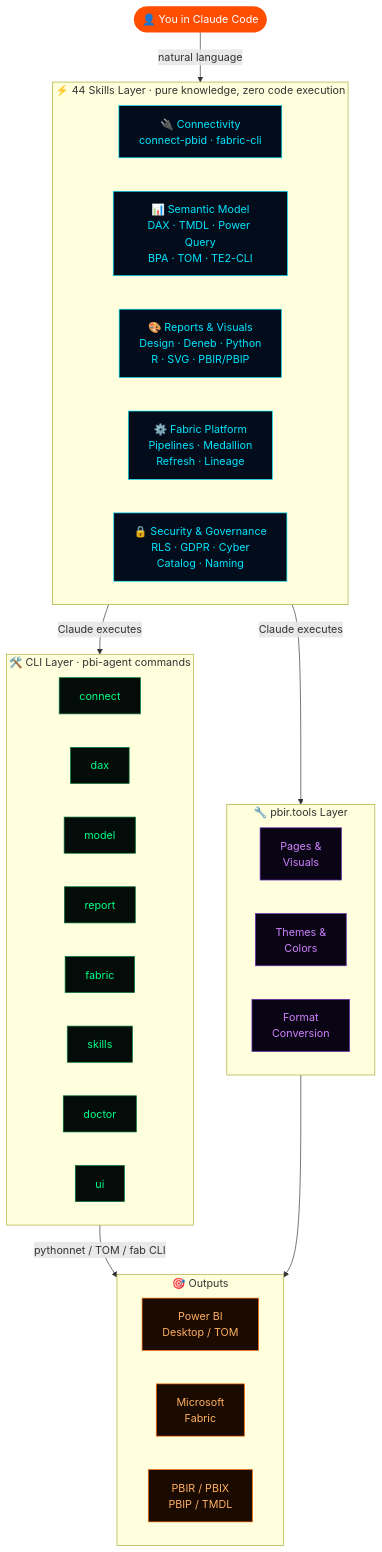
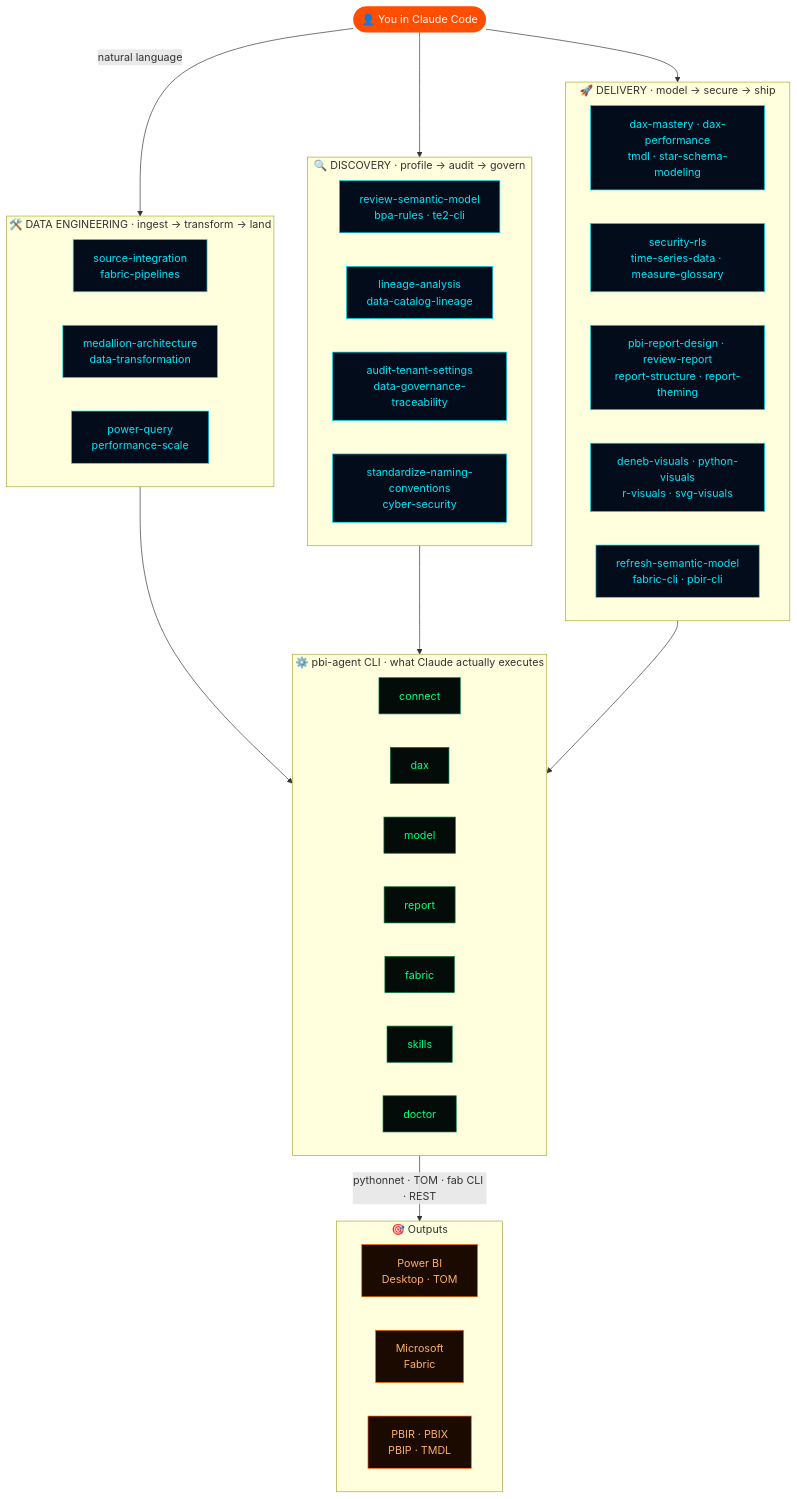
Before and after one commit to santoshkanthety/powerbi-agent: the third of 5 diagrams in README.md, drawn with Mermaid. The commit also changed other lines of this file and 21 other files, not shown here.

First line of the commit message:
refactor: drop web UI/config tool — pure CLI for analytics delivery

````diff
--- a/README.md
+++ b/README.md
@@ -120,49 +124,58 @@
 ```mermaid
 flowchart TD
     U(["👤 You in Claude Code"]):::user
 
-    subgraph SKILLS ["⚡ 44 Skills Layer  ·  pure knowledge, zero code execution"]
+    subgraph DE ["🛠️ DATA ENGINEERING  ·  ingest → transform → land"]
         direction LR
-        S1["🔌 Connectivity\nconnect-pbid · fabric-cli"]:::skill
-        S2["📊 Semantic Model\nDAX · TMDL · Power Query\nBPA · TOM · TE2-CLI"]:::skill
-        S3["🎨 Reports & Visuals\nDesign · Deneb · Python\nR · SVG · PBIR/PBIP"]:::skill
-        S4["⚙️ Fabric Platform\nPipelines · Medallion\nRefresh · Lineage"]:::skill
-        S5["🔒 Security & Governance\nRLS · GDPR · Cyber\nCatalog · Naming"]:::skill
+        DE1["source-integration\nfabric-pipelines"]:::skill
+        DE2["medallion-architecture\ndata-transformation"]:::skill
+        DE3["power-query\nperformance-scale"]:::skill
     end
 
-    subgraph CLI ["🛠️ CLI Layer  ·  pbi-agent commands"]
+    subgraph DX ["🔍 DISCOVERY  ·  profile → audit → govern"]
+        direction LR
+        DX1["review-semantic-model\nbpa-rules · te2-cli"]:::skill
+        DX2["lineage-analysis\ndata-catalog-lineage"]:::skill
+        DX3["audit-tenant-settings\ndata-governance-traceability"]:::skill
+        DX4["standardize-naming-conventions\ncyber-security"]:::skill
+    end
+
+    subgraph DL ["🚀 DELIVERY  ·  model → secure → ship"]
+        direction LR
+        DL1["dax-mastery · dax-performance\ntmdl · star-schema-modeling"]:::skill
+        DL2["security-rls\ntime-series-data · measure-glossary"]:::skill
+        DL3["pbi-report-design · review-report\nreport-structure · report-theming"]:::skill
+        DL4["deneb-visuals · python-visuals\nr-visuals · svg-visuals"]:::skill
+        DL5["refresh-semantic-model\nfabric-cli · pbir-cli"]:::skill
+    end
+
+    subgraph CLI ["⚙️ pbi-agent CLI  ·  what Claude actually executes"]
         direction LR
         C1["connect"]:::cmd
         C2["dax"]:::cmd
         C3["model"]:::cmd
         C4["report"]:::cmd
         C5["fabric"]:::cmd
         C6["skills"]:::cmd
         C7["doctor"]:::cmd
-        C8["ui"]:::cmd
-    end
-
-    subgraph PBIRT ["🔧 pbir.tools Layer"]
-        P1["Pages &\nVisuals"]:::pbir
-        P2["Themes &\nColors"]:::pbir
-        P3["Format\nConversion"]:::pbir
     end
 
     subgraph TARGET ["🎯 Outputs"]
-        T1["Power BI\nDesktop / TOM"]:::out
+        T1["Power BI\nDesktop · TOM"]:::out
         T2["Microsoft\nFabric"]:::out
-        T3["PBIR / PBIX\nPBIP / TMDL"]:::out
+        T3["PBIR · PBIX\nPBIP · TMDL"]:::out
     end
 
-    U -->|"natural language"| SKILLS
-    SKILLS -->|"Claude executes"| CLI
-    CLI -->|"pythonnet / TOM / fab CLI"| TARGET
-    SKILLS -->|"Claude executes"| PBIRT
-    PBIRT --> TARGET
+    U -->|"natural language"| DE
+    U --> DX
+    U --> DL
+    DE --> CLI
+    DX --> CLI
+    DL --> CLI
+    CLI -->|"pythonnet · TOM · fab CLI · REST"| TARGET
 
     classDef user fill:#ff4e00,color:#fff,stroke:none
     classDef skill fill:#030c1a,color:#00e5ff,stroke:#00e5ff,stroke-width:1px
     classDef cmd fill:#030c08,color:#00ff88,stroke:#007a40,stroke-width:1px
-    classDef pbir fill:#0a0514,color:#d080ff,stroke:#7030c0,stroke-width:1px
     classDef out fill:#1a0a00,color:#ffb060,stroke:#ff6600,stroke-width:1px
 ```
````
